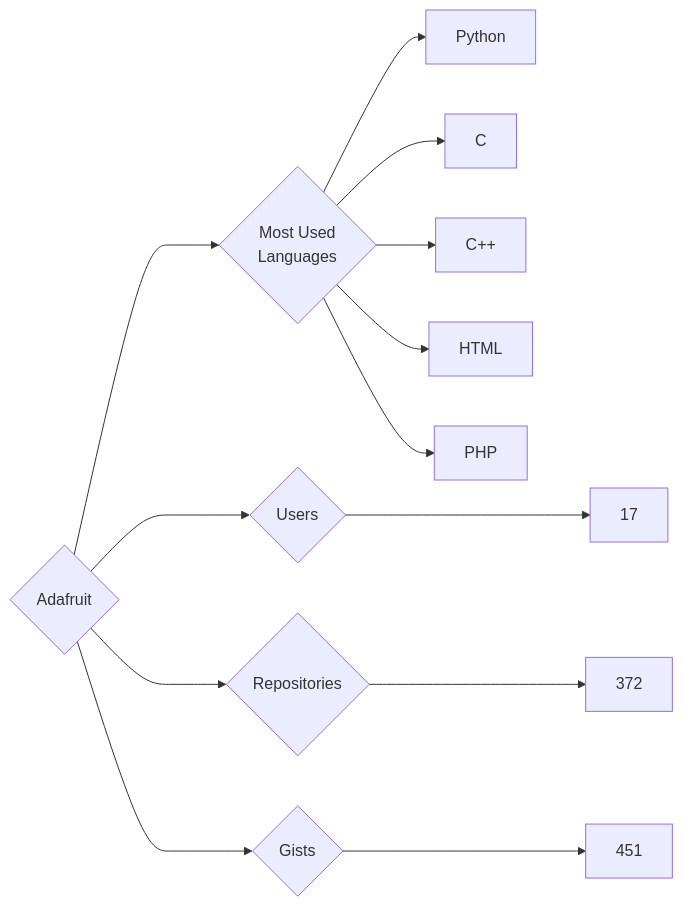
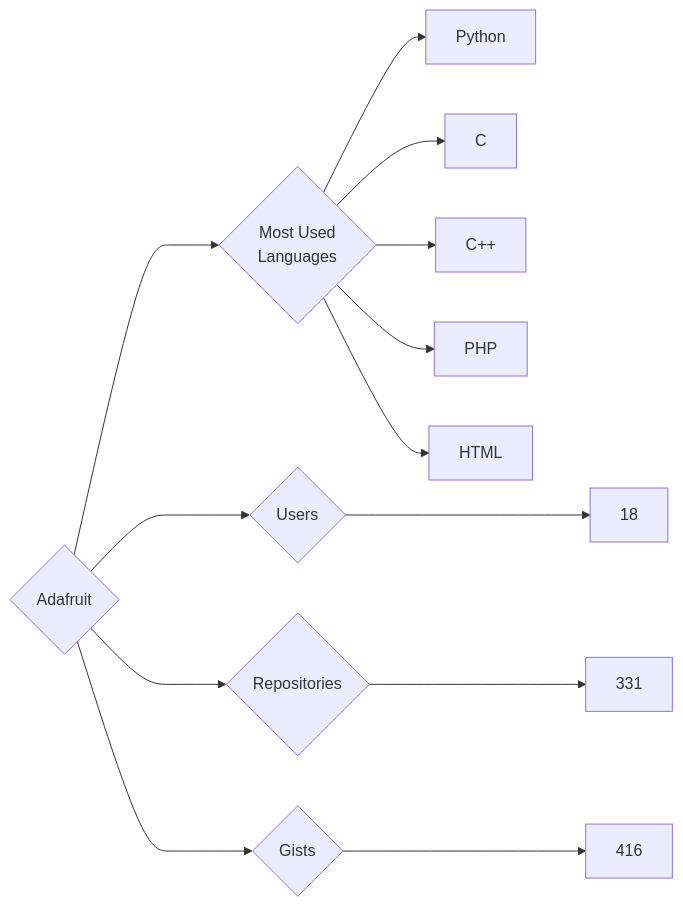
One commit to trickest/insiders changed the diagram in targets/Adafruit/README.md. Above: the diagram before and after it, drawn with Mermaid. The commit also changed 749 other files, not shown here.

````diff
--- a/targets/Adafruit/README.md
+++ b/targets/Adafruit/README.md
@@ -3,13 +3,13 @@
 ```mermaid
 graph LR
 COMPANY_NAME{Adafruit}
-COMPANY_NAME ---> U{Users} ---> UN[17]
-COMPANY_NAME ---> R{Repositories} ---> RN[372]
-COMPANY_NAME ---> G{Gists} ---> GN[451]
+COMPANY_NAME ---> U{Users} ---> UN[18]
+COMPANY_NAME ---> R{Repositories} ---> RN[331]
+COMPANY_NAME ---> G{Gists} ---> GN[416]
 COMPANY_NAME ---> ML{Most Used<br>Languages}
 ML --> Python[Python]
 ML --> C[C]
 ML --> C++[C++]
+ML --> PHP[PHP]
 ML --> HTML[HTML]
-ML --> PHP[PHP]
 ```
````
